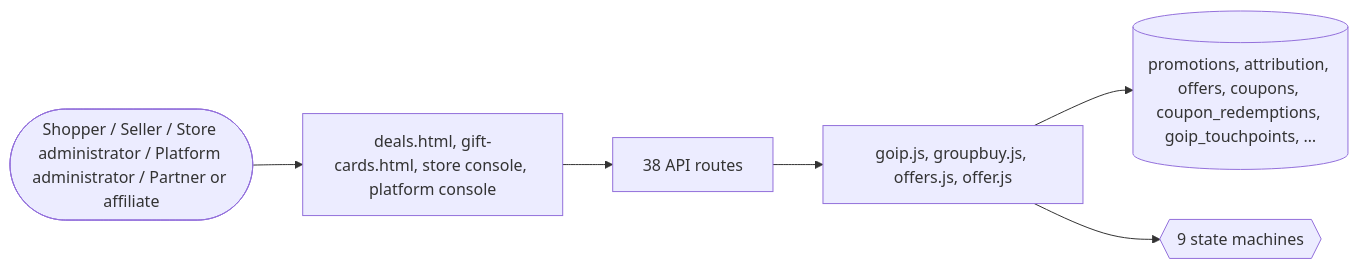
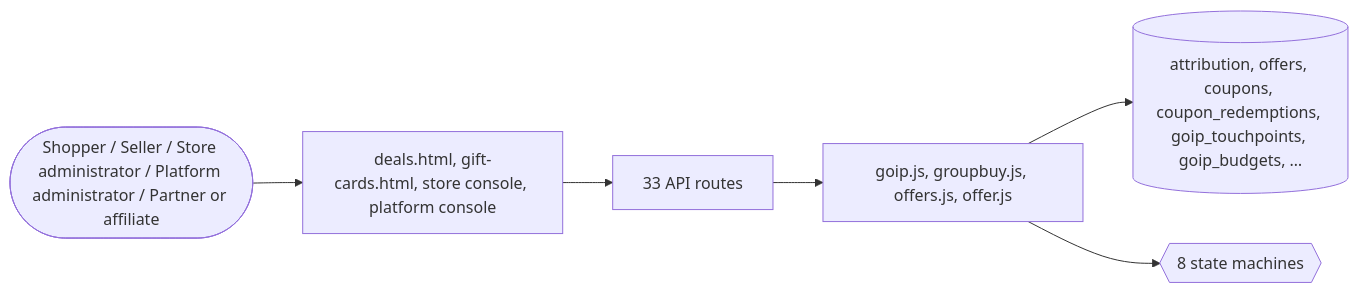
One commit to echelonxventures-Projects/universal-product changed the ninth of 9 diagrams in docs/domains/offer.md. Above: the diagram before and after it, drawn with Mermaid. The commit also changed other lines of this file and 57 other files, not shown here.

````diff
--- a/docs/domains/offer.md
+++ b/docs/domains/offer.md
@@ -487,8 +456,8 @@
 ```mermaid
 flowchart LR
   U([Shopper / Seller / Store administrator / Platform administrator / Partner or affiliate]) --> UI[deals.html, gift-cards.html, store console, platform console]
-  UI --> API[38 API routes]
+  UI --> API[33 API routes]
   API --> ENG[goip.js, groupbuy.js, offers.js, offer.js]
-  ENG --> DB[(promotions, attribution, offers, coupons, coupon_redemptions, goip_touchpoints, …)]
-  ENG --> SM{{9 state machines}}
+  ENG --> DB[(attribution, offers, coupons, coupon_redemptions, goip_touchpoints, goip_budgets, …)]
+  ENG --> SM{{8 state machines}}
 ```
````
